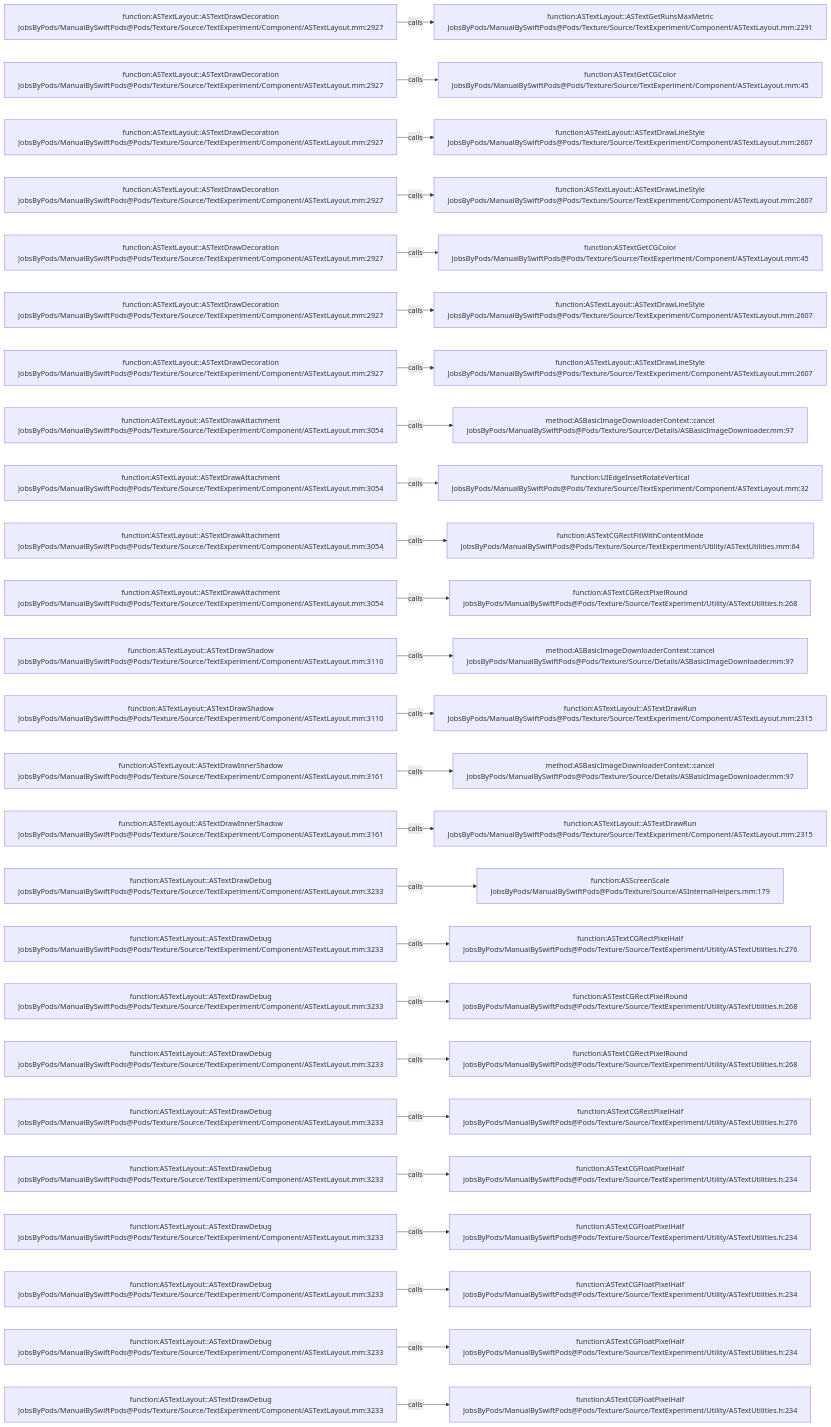
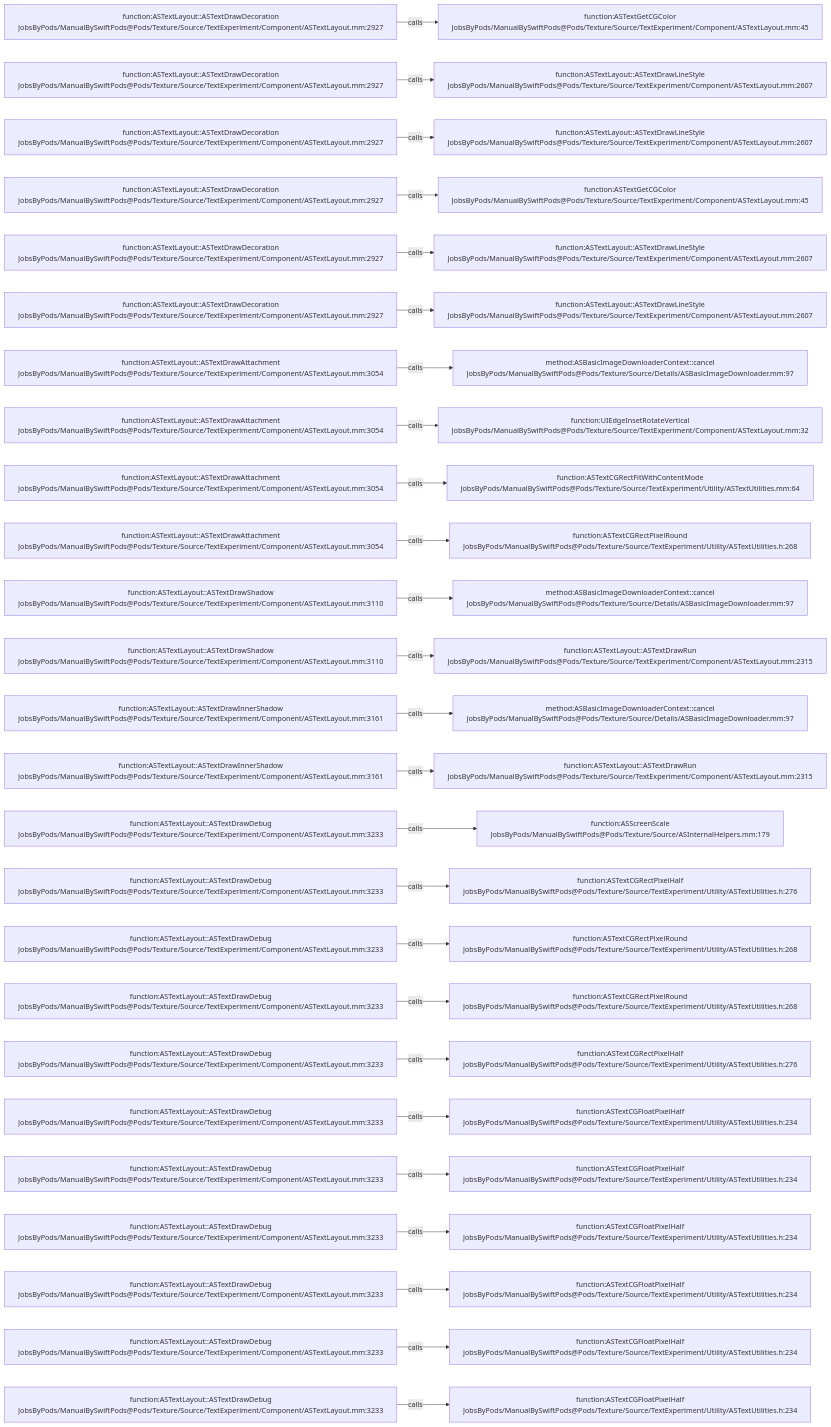
Before and after one commit to JobsKits/JobsSwiftBaseConfigDemo: the diagram in .codegraph/codegraph.md/graphs/calls-136.md, drawn with Mermaid. The commit also changed 747 other files, not shown here.

````diff
--- a/.codegraph/codegraph.md/graphs/calls-136.md
+++ b/.codegraph/codegraph.md/graphs/calls-136.md
@@ -13,78 +13,78 @@
 ```mermaid
 flowchart LR
   S1["function:ASTextLayout::ASTextDrawDecoration<br/>JobsByPods/ManualBySwiftPods@Pods/Texture/Source/TextExperiment/Component/ASTextLayout.mm:2927"]
-  T1["function:ASTextLayout::ASTextGetRunsMaxMetric<br/>JobsByPods/ManualBySwiftPods@Pods/Texture/Source/TextExperiment/Component/ASTextLayout.mm:2291"]
+  T1["function:ASTextGetCGColor<br/>JobsByPods/ManualBySwiftPods@Pods/Texture/Source/TextExperiment/Component/ASTextLayout.mm:45"]
   S1 -->|calls| T1
   S2["function:ASTextLayout::ASTextDrawDecoration<br/>JobsByPods/ManualBySwiftPods@Pods/Texture/Source/TextExperiment/Component/ASTextLayout.mm:2927"]
-  T2["function:ASTextGetCGColor<br/>JobsByPods/ManualBySwiftPods@Pods/Texture/Source/TextExperiment/Component/ASTextLayout.mm:45"]
+  T2["function:ASTextLayout::ASTextDrawLineStyle<br/>JobsByPods/ManualBySwiftPods@Pods/Texture/Source/TextExperiment/Component/ASTextLayout.mm:2607"]
   S2 -->|calls| T2
   S3["function:ASTextLayout::ASTextDrawDecoration<br/>JobsByPods/ManualBySwiftPods@Pods/Texture/Source/TextExperiment/Component/ASTextLayout.mm:2927"]
   T3["function:ASTextLayout::ASTextDrawLineStyle<br/>JobsByPods/ManualBySwiftPods@Pods/Texture/Source/TextExperiment/Component/ASTextLayout.mm:2607"]
   S3 -->|calls| T3
   S4["function:ASTextLayout::ASTextDrawDecoration<br/>JobsByPods/ManualBySwiftPods@Pods/Texture/Source/TextExperiment/Component/ASTextLayout.mm:2927"]
-  T4["function:ASTextLayout::ASTextDrawLineStyle<br/>JobsByPods/ManualBySwiftPods@Pods/Texture/Source/TextExperiment/Component/ASTextLayout.mm:2607"]
+  T4["function:ASTextGetCGColor<br/>JobsByPods/ManualBySwiftPods@Pods/Texture/Source/TextExperiment/Component/ASTextLayout.mm:45"]
   S4 -->|calls| T4
   S5["function:ASTextLayout::ASTextDrawDecoration<br/>JobsByPods/ManualBySwiftPods@Pods/Texture/Source/TextExperiment/Component/ASTextLayout.mm:2927"]
-  T5["function:ASTextGetCGColor<br/>JobsByPods/ManualBySwiftPods@Pods/Texture/Source/TextExperiment/Component/ASTextLayout.mm:45"]
+  T5["function:ASTextLayout::ASTextDrawLineStyle<br/>JobsByPods/ManualBySwiftPods@Pods/Texture/Source/TextExperiment/Component/ASTextLayout.mm:2607"]
   S5 -->|calls| T5
   S6["function:ASTextLayout::ASTextDrawDecoration<br/>JobsByPods/ManualBySwiftPods@Pods/Texture/Source/TextExperiment/Component/ASTextLayout.mm:2927"]
   T6["function:ASTextLayout::ASTextDrawLineStyle<br/>JobsByPods/ManualBySwiftPods@Pods/Texture/Source/TextExperiment/Component/ASTextLayout.mm:2607"]
   S6 -->|calls| T6
-  S7["function:ASTextLayout::ASTextDrawDecoration<br/>JobsByPods/ManualBySwiftPods@Pods/Texture/Source/TextExperiment/Component/ASTextLayout.mm:2927"]
-  T7["function:ASTextLayout::ASTextDrawLineStyle<br/>JobsByPods/ManualBySwiftPods@Pods/Texture/Source/TextExperiment/Component/ASTextLayout.mm:2607"]
+  S7["function:ASTextLayout::ASTextDrawAttachment<br/>JobsByPods/ManualBySwiftPods@Pods/Texture/Source/TextExperiment/Component/ASTextLayout.mm:3054"]
+  T7["method:ASBasicImageDownloaderContext::cancel<br/>JobsByPods/ManualBySwiftPods@Pods/Texture/Source/Details/ASBasicImageDownloader.mm:97"]
   S7 -->|calls| T7
   S8["function:ASTextLayout::ASTextDrawAttachment<br/>JobsByPods/ManualBySwiftPods@Pods/Texture/Source/TextExperiment/Component/ASTextLayout.mm:3054"]
-  T8["method:ASBasicImageDownloaderContext::cancel<br/>JobsByPods/ManualBySwiftPods@Pods/Texture/Source/Details/ASBasicImageDownloader.mm:97"]
+  T8["function:UIEdgeInsetRotateVertical<br/>JobsByPods/ManualBySwiftPods@Pods/Texture/Source/TextExperiment/Component/ASTextLayout.mm:32"]
   S8 -->|calls| T8
   S9["function:ASTextLayout::ASTextDrawAttachment<br/>JobsByPods/ManualBySwiftPods@Pods/Texture/Source/TextExperiment/Component/ASTextLayout.mm:3054"]
-  T9["function:UIEdgeInsetRotateVertical<br/>JobsByPods/ManualBySwiftPods@Pods/Texture/Source/TextExperiment/Component/ASTextLayout.mm:32"]
+  T9["function:ASTextCGRectFitWithContentMode<br/>JobsByPods/ManualBySwiftPods@Pods/Texture/Source/TextExperiment/Utility/ASTextUtilities.mm:64"]
   S9 -->|calls| T9
   S10["function:ASTextLayout::ASTextDrawAttachment<br/>JobsByPods/ManualBySwiftPods@Pods/Texture/Source/TextExperiment/Component/ASTextLayout.mm:3054"]
-  T10["function:ASTextCGRectFitWithContentMode<br/>JobsByPods/ManualBySwiftPods@Pods/Texture/Source/TextExperiment/Utility/ASTextUtilities.mm:64"]
+  T10["function:ASTextCGRectPixelRound<br/>JobsByPods/ManualBySwiftPods@Pods/Texture/Source/TextExperiment/Utility/ASTextUtilities.h:268"]
   S10 -->|calls| T10
-  S11["function:ASTextLayout::ASTextDrawAttachment<br/>JobsByPods/ManualBySwiftPods@Pods/Texture/Source/TextExperiment/Component/ASTextLayout.mm:3054"]
-  T11["function:ASTextCGRectPixelRound<br/>JobsByPods/ManualBySwiftPods@Pods/Texture/Source/TextExperiment/Utility/ASTextUtilities.h:268"]
+  S11["function:ASTextLayout::ASTextDrawShadow<br/>JobsByPods/ManualBySwiftPods@Pods/Texture/Source/TextExperiment/Component/ASTextLayout.mm:3110"]
+  T11["method:ASBasicImageDownloaderContext::cancel<br/>JobsByPods/ManualBySwiftPods@Pods/Texture/Source/Details/ASBasicImageDownloader.mm:97"]
   S11 -->|calls| T11
   S12["function:ASTextLayout::ASTextDrawShadow<br/>JobsByPods/ManualBySwiftPods@Pods/Texture/Source/TextExperiment/Component/ASTextLayout.mm:3110"]
-  T12["method:ASBasicImageDownloaderContext::cancel<br/>JobsByPods/ManualBySwiftPods@Pods/Texture/Source/Details/ASBasicImageDownloader.mm:97"]
+  T12["function:ASTextLayout::ASTextDrawRun<br/>JobsByPods/ManualBySwiftPods@Pods/Texture/Source/TextExperiment/Component/ASTextLayout.mm:2315"]
   S12 -->|calls| T12
-  S13["function:ASTextLayout::ASTextDrawShadow<br/>JobsByPods/ManualBySwiftPods@Pods/Texture/Source/TextExperiment/Component/ASTextLayout.mm:3110"]
-  T13["function:ASTextLayout::ASTextDrawRun<br/>JobsByPods/ManualBySwiftPods@Pods/Texture/Source/TextExperiment/Component/ASTextLayout.mm:2315"]
+  S13["function:ASTextLayout::ASTextDrawInnerShadow<br/>JobsByPods/ManualBySwiftPods@Pods/Texture/Source/TextExperiment/Component/ASTextLayout.mm:3161"]
+  T13["method:ASBasicImageDownloaderContext::cancel<br/>JobsByPods/ManualBySwiftPods@Pods/Texture/Source/Details/ASBasicImageDownloader.mm:97"]
   S13 -->|calls| T13
   S14["function:ASTextLayout::ASTextDrawInnerShadow<br/>JobsByPods/ManualBySwiftPods@Pods/Texture/Source/TextExperiment/Component/ASTextLayout.mm:3161"]
-  T14["method:ASBasicImageDownloaderContext::cancel<br/>JobsByPods/ManualBySwiftPods@Pods/Texture/Source/Details/ASBasicImageDownloader.mm:97"]
+  T14["function:ASTextLayout::ASTextDrawRun<br/>JobsByPods/ManualBySwiftPods@Pods/Texture/Source/TextExperiment/Component/ASTextLayout.mm:2315"]
   S14 -->|calls| T14
-  S15["function:ASTextLayout::ASTextDrawInnerShadow<br/>JobsByPods/ManualBySwiftPods@Pods/Texture/Source/TextExperiment/Component/ASTextLayout.mm:3161"]
-  T15["function:ASTextLayout::ASTextDrawRun<br/>JobsByPods/ManualBySwiftPods@Pods/Texture/Source/TextExperiment/Component/ASTextLayout.mm:2315"]
+  S15["function:ASTextLayout::ASTextDrawDebug<br/>JobsByPods/ManualBySwiftPods@Pods/Texture/Source/TextExperiment/Component/ASTextLayout.mm:3233"]
+  T15["function:ASScreenScale<br/>JobsByPods/ManualBySwiftPods@Pods/Texture/Source/ASInternalHelpers.mm:179"]
   S15 -->|calls| T15
   S16["function:ASTextLayout::ASTextDrawDebug<br/>JobsByPods/ManualBySwiftPods@Pods/Texture/Source/TextExperiment/Component/ASTextLayout.mm:3233"]
-  T16["function:ASScreenScale<br/>JobsByPods/ManualBySwiftPods@Pods/Texture/Source/ASInternalHelpers.mm:179"]
+  T16["function:ASTextCGRectPixelHalf<br/>JobsByPods/ManualBySwiftPods@Pods/Texture/Source/TextExperiment/Utility/ASTextUtilities.h:276"]
   S16 -->|calls| T16
   S17["function:ASTextLayout::ASTextDrawDebug<br/>JobsByPods/ManualBySwiftPods@Pods/Texture/Source/TextExperiment/Component/ASTextLayout.mm:3233"]
-  T17["function:ASTextCGRectPixelHalf<br/>JobsByPods/ManualBySwiftPods@Pods/Texture/Source/TextExperiment/Utility/ASTextUtilities.h:276"]
+  T17["function:ASTextCGRectPixelRound<br/>JobsByPods/ManualBySwiftPods@Pods/Texture/Source/TextExperiment/Utility/ASTextUtilities.h:268"]
   S17 -->|calls| T17
   S18["function:ASTextLayout::ASTextDrawDebug<br/>JobsByPods/ManualBySwiftPods@Pods/Texture/Source/TextExperiment/Component/ASTextLayout.mm:3233"]
   T18["function:ASTextCGRectPixelRound<br/>JobsByPods/ManualBySwiftPods@Pods/Texture/Source/TextExperiment/Utility/ASTextUtilities.h:268"]
   S18 -->|calls| T18
   S19["function:ASTextLayout::ASTextDrawDebug<br/>JobsByPods/ManualBySwiftPods@Pods/Texture/Source/TextExperiment/Component/ASTextLayout.mm:3233"]
-  T19["function:ASTextCGRectPixelRound<br/>JobsByPods/ManualBySwiftPods@Pods/Texture/Source/TextExperiment/Utility/ASTextUtilities.h:268"]
+  T19["function:ASTextCGRectPixelHalf<br/>JobsByPods/ManualBySwiftPods@Pods/Texture/Source/TextExperiment/Utility/ASTextUtilities.h:276"]
   S19 -->|calls| T19
   S20["function:ASTextLayout::ASTextDrawDebug<br/>JobsByPods/ManualBySwiftPods@Pods/Texture/Source/TextExperiment/Component/ASTextLayout.mm:3233"]
-  T20["function:ASTextCGRectPixelHalf<br/>JobsByPods/ManualBySwiftPods@Pods/Texture/Source/TextExperiment/Utility/ASTextUtilities.h:276"]
+  T20["function:ASTextCGFloatPixelHalf<br/>JobsByPods/ManualBySwiftPods@Pods/Texture/Source/TextExperiment/Utility/ASTextUtilities.h:234"]
   S20 -->|calls| T20
   S21["function:ASTextLayout::ASTextDrawDebug<br/>JobsByPods/ManualBySwiftPods@Pods/Texture/Source/TextExperiment/Component/ASTextLayout.mm:3233"]
   T21["function:ASTextCGFloatPixelHalf<br/>JobsByPods/ManualBySwiftPods@Pods/Texture/Source/TextExperiment/Utility/ASTextUtilities.h:234"]
   S21 -->|calls| T21
   S22["function:ASTextLayout::ASTextDrawDebug<br/>JobsByPods/ManualBySwiftPods@Pods/Texture/Source/TextExperiment/Component/ASTextLayout.mm:3233"]
   T22["function:ASTextCGFloatPixelHalf<br/>JobsByPods/ManualBySwiftPods@Pods/Texture/Source/TextExperiment/Utility/ASTextUtilities.h:234"]
   S22 -->|calls| T22
   S23["function:ASTextLayout::ASTextDrawDebug<br/>JobsByPods/ManualBySwiftPods@Pods/Texture/Source/TextExperiment/Component/ASTextLayout.mm:3233"]
   T23["function:ASTextCGFloatPixelHalf<br/>JobsByPods/ManualBySwiftPods@Pods/Texture/Source/TextExperiment/Utility/ASTextUtilities.h:234"]
   S23 -->|calls| T23
   S24["function:ASTextLayout::ASTextDrawDebug<br/>JobsByPods/ManualBySwiftPods@Pods/Texture/Source/TextExperiment/Component/ASTextLayout.mm:3233"]
   T24["function:ASTextCGFloatPixelHalf<br/>JobsByPods/ManualBySwiftPods@Pods/Texture/Source/TextExperiment/Utility/ASTextUtilities.h:234"]
   S24 -->|calls| T24
   S25["function:ASTextLayout::ASTextDrawDebug<br/>JobsByPods/ManualBySwiftPods@Pods/Texture/Source/TextExperiment/Component/ASTextLayout.mm:3233"]
   T25["function:ASTextCGFloatPixelHalf<br/>JobsByPods/ManualBySwiftPods@Pods/Texture/Source/TextExperiment/Utility/ASTextUtilities.h:234"]
   S25 -->|calls| T25
 ```
````
